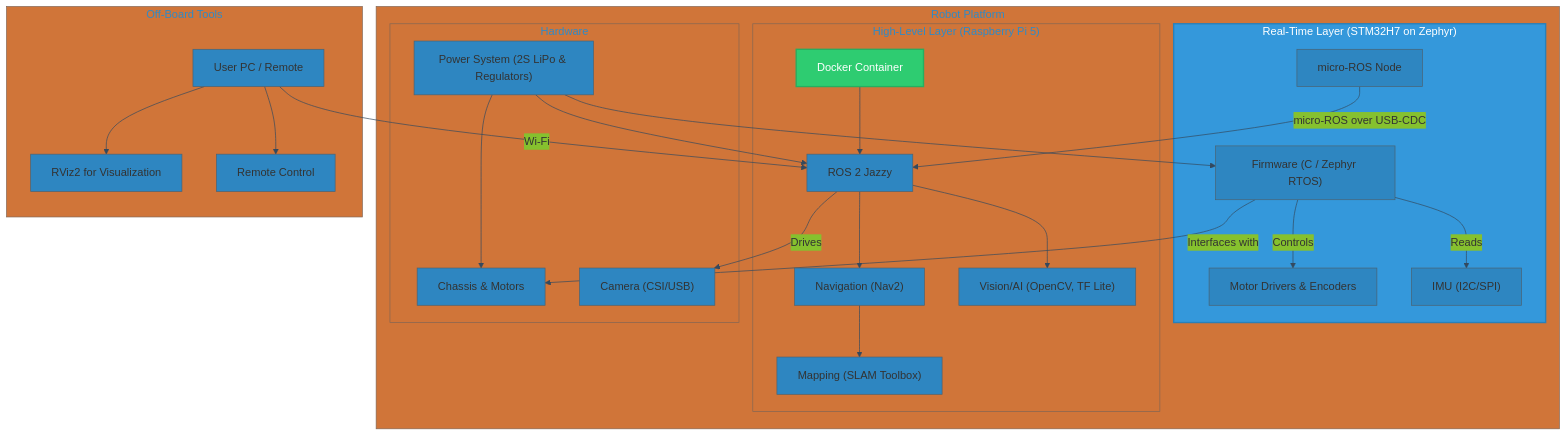
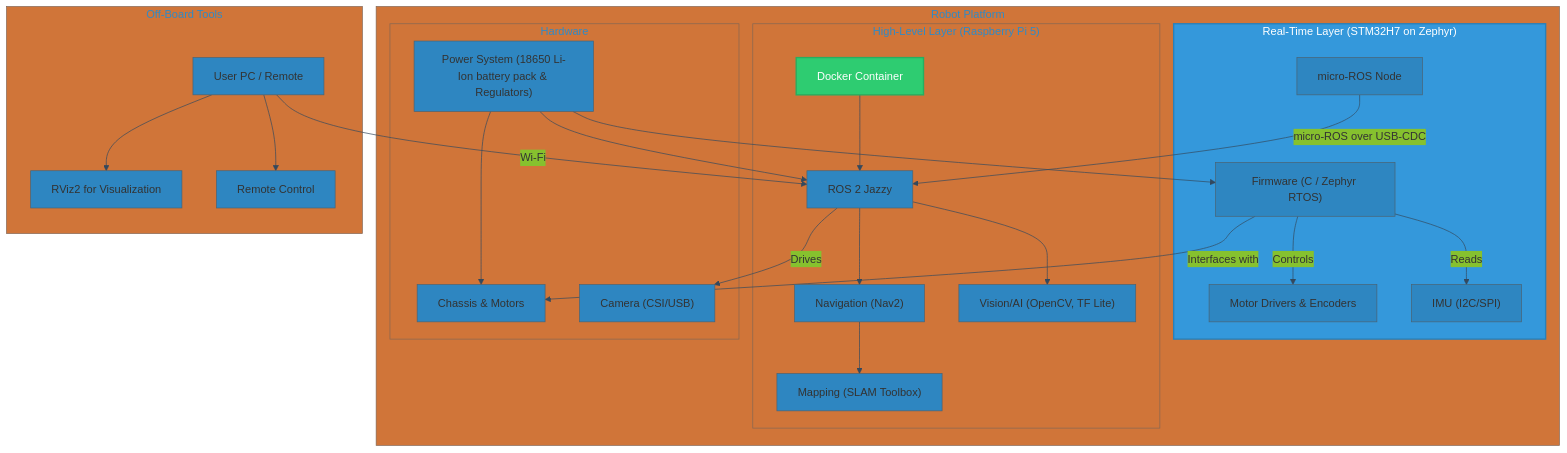
Before and after one commit to exysta/TheFirstBorn_Robot: the diagram in README.md, drawn with Mermaid.

Commit message:
Update README.md
Switched from lipo to lion battery

````diff
--- a/README.md
+++ b/README.md
@@ -56,50 +56,50 @@
 ```mermaid
 %%{init: {"theme": "base", "themeVariables": {"primaryColor": "#2E86C1", "lineColor": "#34495E", "textColor": "#212F3D"}}}%%
 graph TD
     subgraph Robot_Platform["Robot Platform"]
         subgraph RTL["Real-Time Layer (STM32H7 on Zephyr)"]
             FIRMWARE["Firmware (C / Zephyr RTOS)"]
             MICROS["micro-ROS Node"]
             DRIVERS["Motor Drivers & Encoders"]
             IMU["IMU (I2C/SPI)"]
             FIRMWARE -->|Controls| DRIVERS
             FIRMWARE -->|Reads| IMU
         end
 
         subgraph HLL["High-Level Layer (Raspberry Pi 5)"]
             DOCKER_CONTAINER["Docker Container"]
             ROS2["ROS 2 Jazzy"]
             NAV2["Navigation (Nav2)"]
             SLAM["Mapping (SLAM Toolbox)"]
             VISION["Vision/AI (OpenCV, TF Lite)"]
             DOCKER_CONTAINER --> ROS2 --> NAV2 --> SLAM
             ROS2 --> VISION
         end
 
         subgraph HW["Hardware"]
-            POWER["Power System (2S LiPo & Regulators)"]
+            POWER["Power System (18650 Li-Ion battery pack & Regulators)"]
             CHASSIS["Chassis & Motors"]
             CAMERA["Camera (CSI/USB)"]
         end
 
         MICROS -->|micro-ROS over USB-CDC| ROS2
         ROS2 -->|Drives| CAMERA
         FIRMWARE -->|Interfaces with| CHASSIS
         POWER --> FIRMWARE
         POWER --> ROS2
         POWER --> CHASSIS
     end
 
     subgraph Off_Board["Off-Board Tools"]
         USER_PC["User PC / Remote"]
         RVIZ["RViz2 for Visualization"]
         TELEOP["Remote Control"]
         USER_PC -->|Wi-Fi| ROS2
         USER_PC --> RVIZ
         USER_PC --> TELEOP
     end
 
     style DOCKER_CONTAINER fill:#2ECC71,stroke:#27AE60,stroke-width:2px,color:#fff
     style RTL fill:#3498DB,stroke:#2980B9,stroke-width:2px,color:#fff
 
 ```
````
